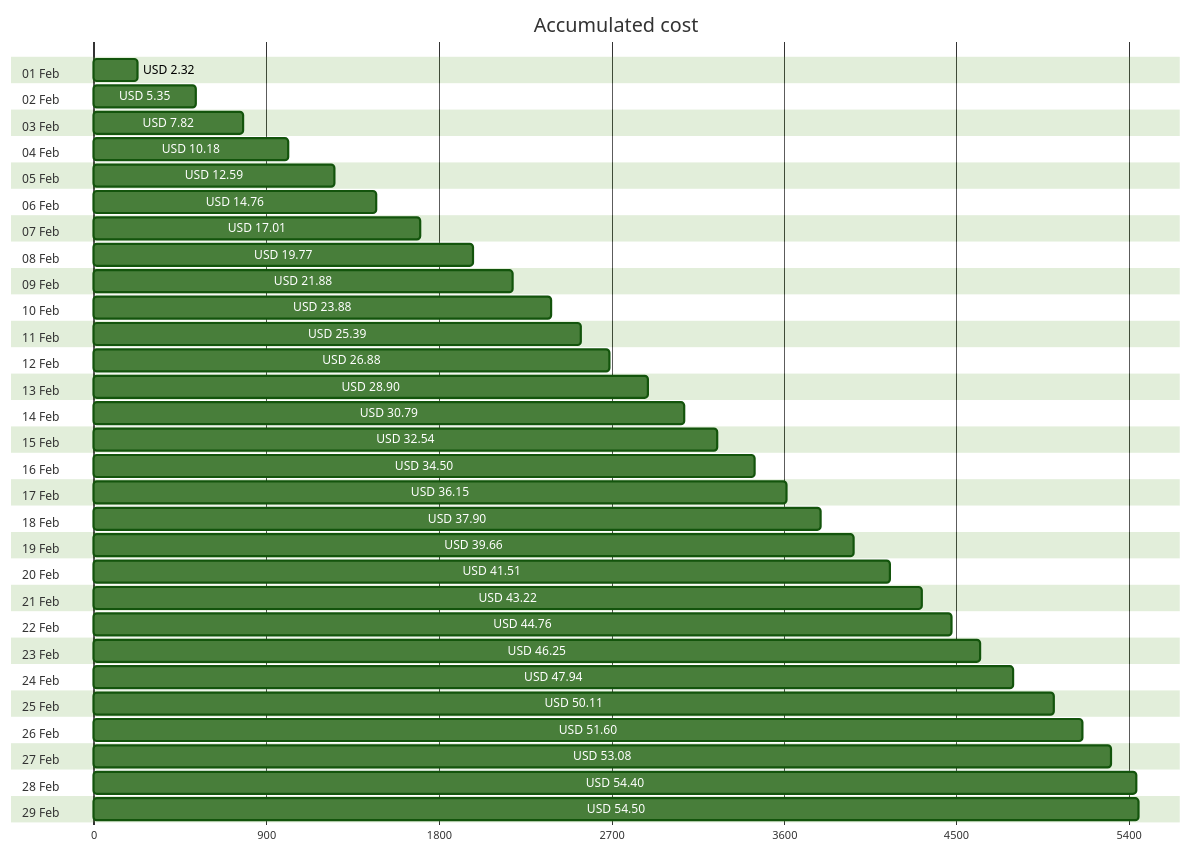
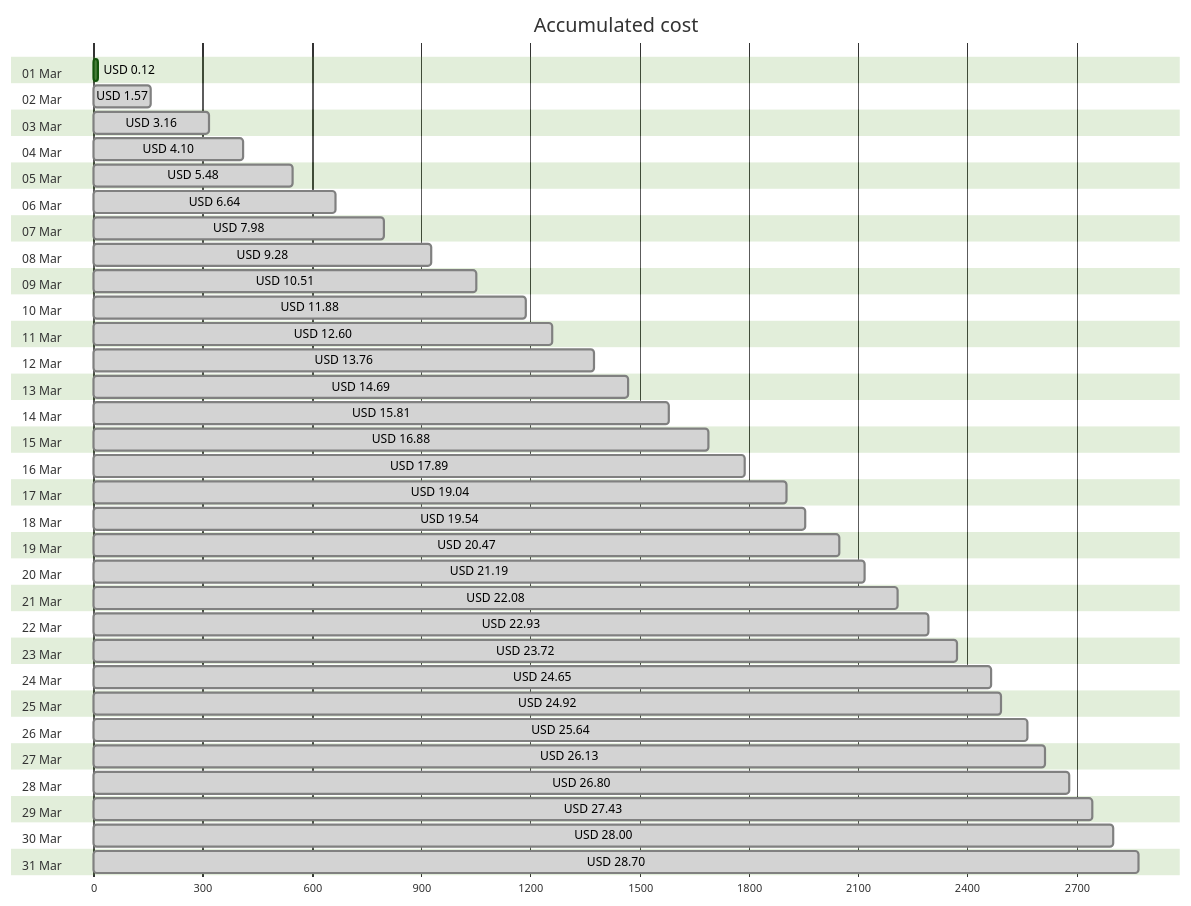
One commit to jpfulton/azure-personal-reports changed the first of 4 diagrams in cost-reports/personal-network/README.md. Above: the diagram before and after it, drawn with Mermaid (forest theme). The commit also changed other lines of this file and 8 other files, not shown here.

````diff
--- a/cost-reports/personal-network/README.md
+++ b/cost-reports/personal-network/README.md
@@ -20,64 +20,68 @@
 ```mermaid
 gantt
    title Accumulated cost
    dateFormat  X
    axisFormat %s
-   section 01 Feb
-   USD 2.32 :0, 232
-   section 02 Feb
-   USD 5.35 :0, 535
-   section 03 Feb
-   USD 7.82 :0, 782
-   section 04 Feb
-   USD 10.18 :0, 1018
-   section 05 Feb
-   USD 12.59 :0, 1259
-   section 06 Feb
-   USD 14.76 :0, 1476
-   section 07 Feb
-   USD 17.01 :0, 1701
-   section 08 Feb
-   USD 19.77 :0, 1977
-   section 09 Feb
-   USD 21.88 :0, 2188
-   section 10 Feb
-   USD 23.88 :0, 2388
-   section 11 Feb
-   USD 25.39 :0, 2539
-   section 12 Feb
-   USD 26.88 :0, 2688
-   section 13 Feb
-   USD 28.90 :0, 2890
-   section 14 Feb
-   USD 30.79 :0, 3079
-   section 15 Feb
-   USD 32.54 :0, 3254
-   section 16 Feb
-   USD 34.50 :0, 3450
-   section 17 Feb
-   USD 36.15 :0, 3615
-   section 18 Feb
-   USD 37.90 :0, 3790
-   section 19 Feb
-   USD 39.66 :0, 3966
-   section 20 Feb
-   USD 41.51 :0, 4151
-   section 21 Feb
-   USD 43.22 :0, 4322
-   section 22 Feb
-   USD 44.76 :0, 4476
-   section 23 Feb
-   USD 46.25 :0, 4625
-   section 24 Feb
-   USD 47.94 :0, 4794
-   section 25 Feb
-   USD 50.11 :0, 5011
-   section 26 Feb
-   USD 51.60 :0, 5160
-   section 27 Feb
-   USD 53.08 :0, 5308
-   section 28 Feb
-   USD 54.40 :0, 5440
-   section 29 Feb
-   USD 54.50 :0, 5450
+   section 01 Mar
+   USD 0.12 :0, 12
+   section 02 Mar
+   USD 1.57 : done, 0, 157
+   section 03 Mar
+   USD 3.16 : done, 0, 316
+   section 04 Mar
+   USD 4.10 : done, 0, 410
+   section 05 Mar
+   USD 5.48 : done, 0, 548
+   section 06 Mar
+   USD 6.64 : done, 0, 664
+   section 07 Mar
+   USD 7.98 : done, 0, 798
+   section 08 Mar
+   USD 9.28 : done, 0, 928
+   section 09 Mar
+   USD 10.51 : done, 0, 1051
+   section 10 Mar
+   USD 11.88 : done, 0, 1188
+   section 11 Mar
+   USD 12.60 : done, 0, 1260
+   section 12 Mar
+   USD 13.76 : done, 0, 1376
+   section 13 Mar
+   USD 14.69 : done, 0, 1469
+   section 14 Mar
+   USD 15.81 : done, 0, 1581
+   section 15 Mar
+   USD 16.88 : done, 0, 1688
+   section 16 Mar
+   USD 17.89 : done, 0, 1789
+   section 17 Mar
+   USD 19.04 : done, 0, 1904
+   section 18 Mar
+   USD 19.54 : done, 0, 1954
+   section 19 Mar
+   USD 20.47 : done, 0, 2047
+   section 20 Mar
+   USD 21.19 : done, 0, 2119
+   section 21 Mar
+   USD 22.08 : done, 0, 2208
+   section 22 Mar
+   USD 22.93 : done, 0, 2293
+   section 23 Mar
+   USD 23.72 : done, 0, 2372
+   section 24 Mar
+   USD 24.65 : done, 0, 2465
+   section 25 Mar
+   USD 24.92 : done, 0, 2492
+   section 26 Mar
+   USD 25.64 : done, 0, 2564
+   section 27 Mar
+   USD 26.13 : done, 0, 2613
+   section 28 Mar
+   USD 26.80 : done, 0, 2680
+   section 29 Mar
+   USD 27.43 : done, 0, 2743
+   section 30 Mar
+   USD 28.00 : done, 0, 2800
+   section 31 Mar
+   USD 28.70 : done, 0, 2870
 ```
````
